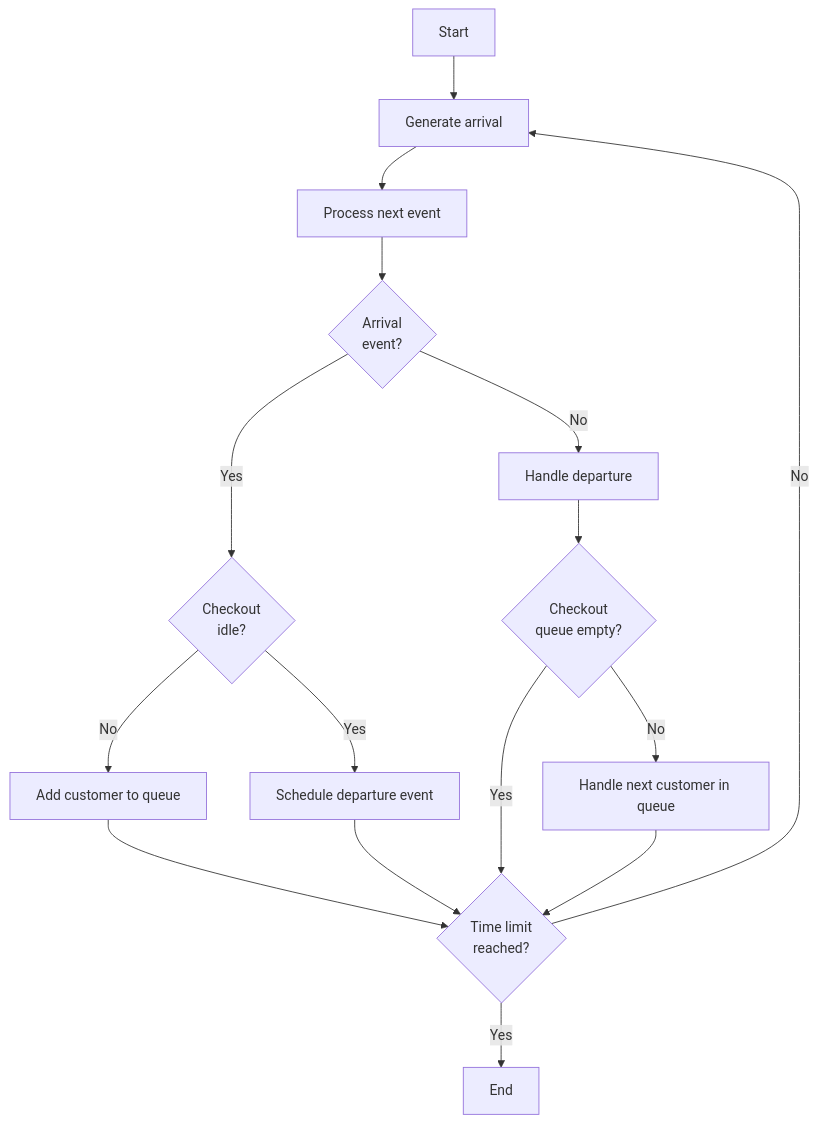
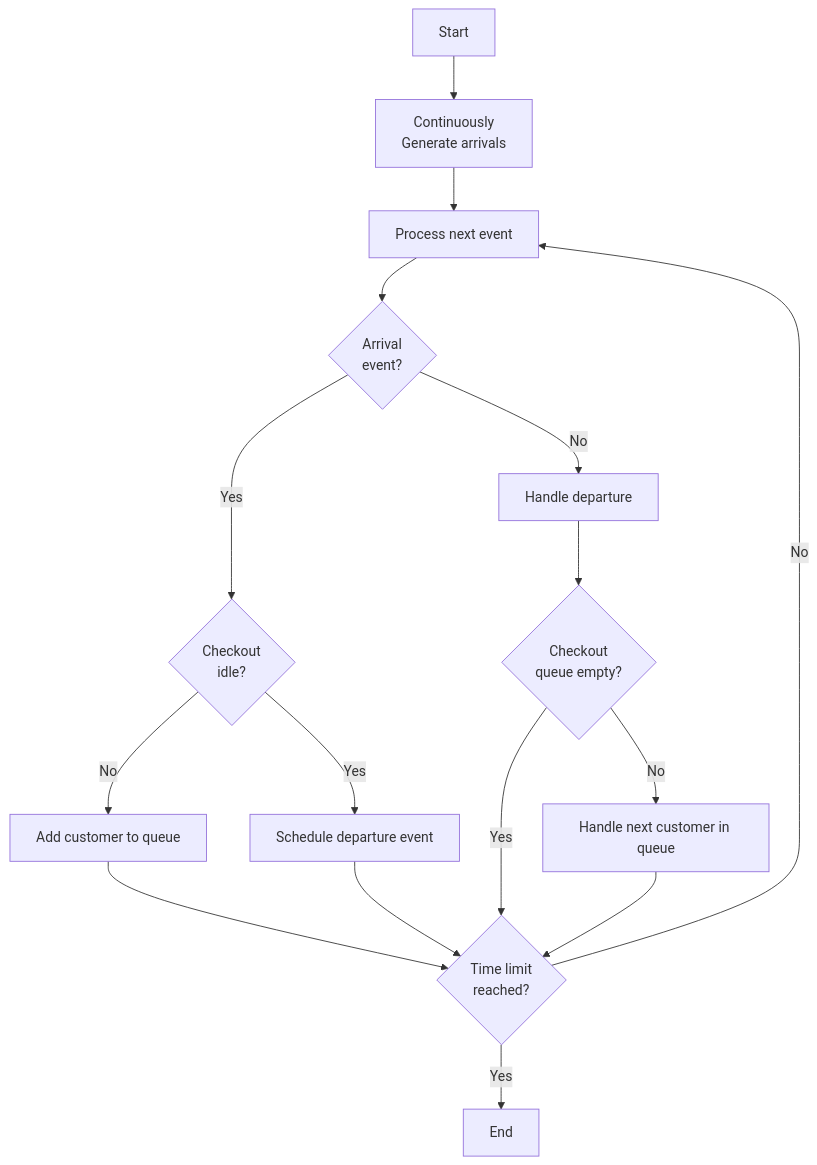
The diagram in readme.md (mircohoehne/grocery_store_checkout_simulation), drawn with Mermaid before and after one commit.

Commit message:
docs: change mermaid graph to emphasize continuous arrival generation

````diff
--- a/readme.md
+++ b/readme.md
@@ -28,18 +28,18 @@
 ```mermaid
 graph TD
-    a[Start] --> b[Generate arrival]
+    a[Start] --> b[Continuously<br>Generate arrivals]
     b --> c[Process next event]
     c --> n{Arrival <br>event?}
     n --> |Yes| d{Checkout <br> idle?}
     n --> |No| f[Handle departure]
     d --> |Yes| e[Schedule departure event]
     d --> |No| z[Add customer to queue]
     z --> h{Time limit <br> reached?}
     e --> h
     f --> j{Checkout <br> queue empty?}
     j --> |Yes| h
     j --> |No| l[Handle next customer in queue]
     l --> h
-    h --> |No| b
+    h --> |No| c
     h --> |Yes| i[End]
 ```
````
